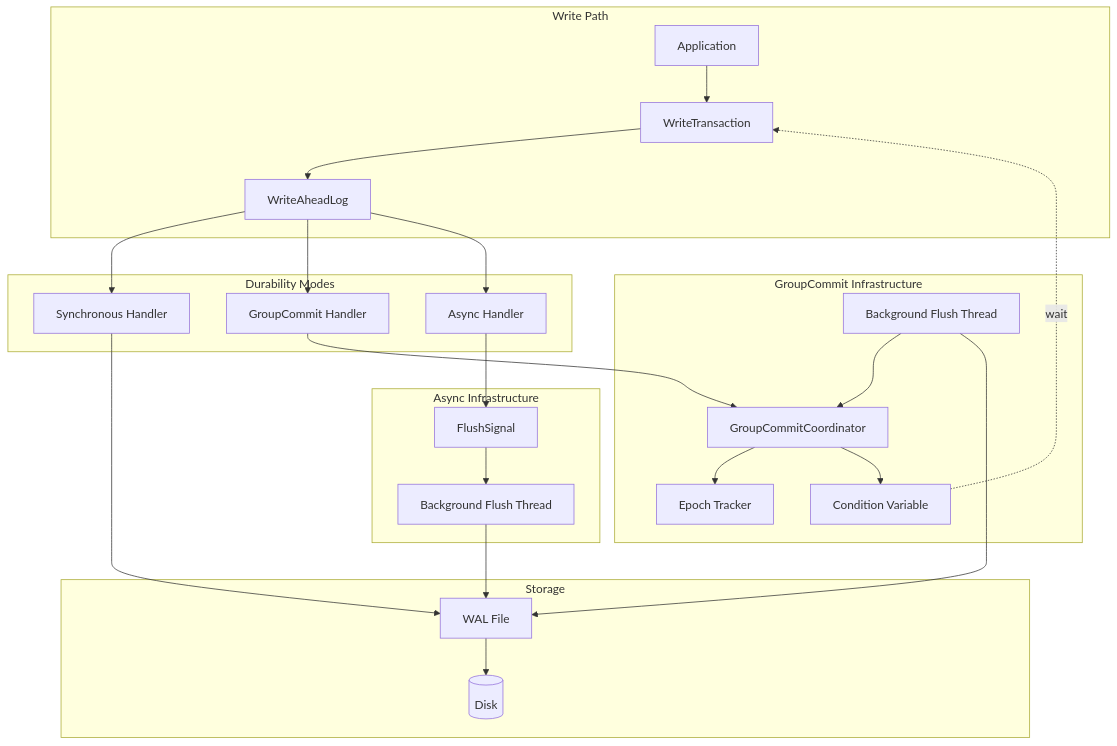
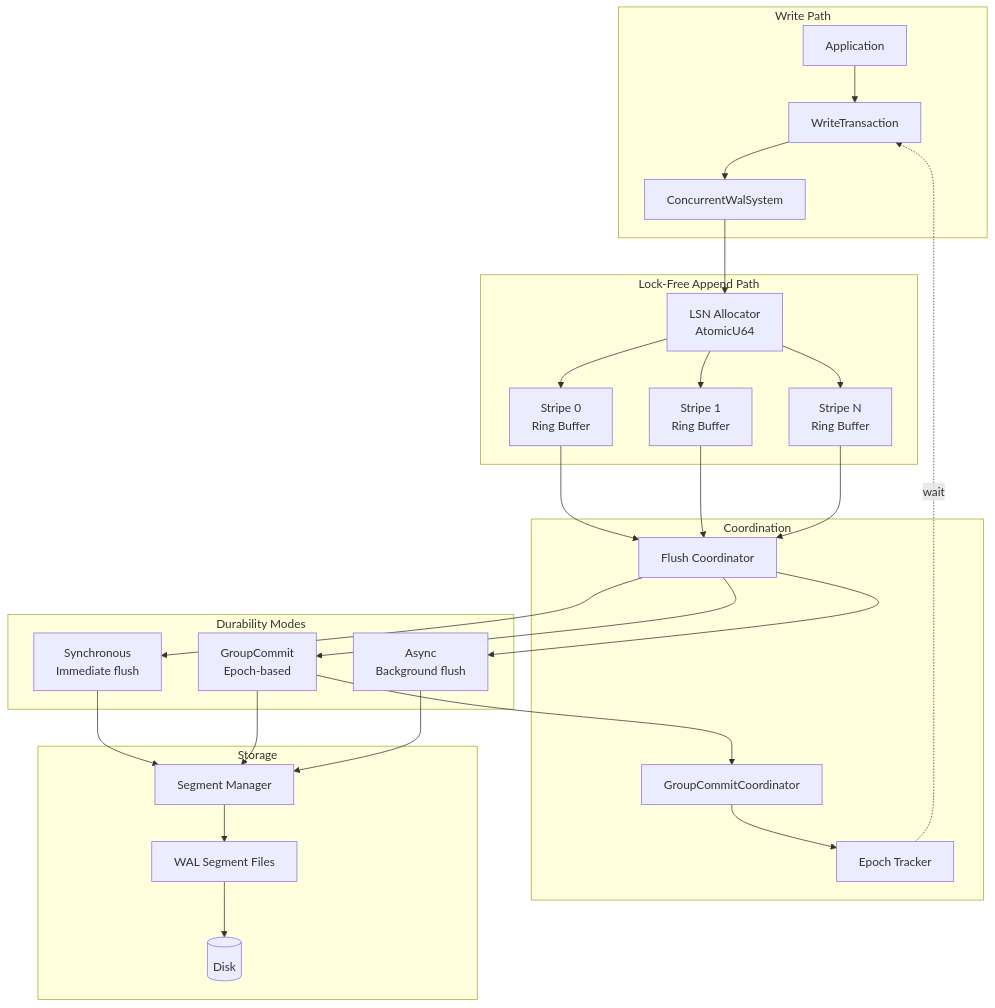
The fourth of 14 diagrams in docs/architecture/durability-modes.md (autumn-foundation/AletheiaDB), drawn with Mermaid before and after one commit. The commit also changed other lines of this file and 11 other files, not shown here.

First line of the commit message:
feat: integrate ConcurrentWalSystem and update documentation

````diff
--- a/docs/architecture/durability-modes.md
+++ b/docs/architecture/durability-modes.md
@@ -97,53 +151,60 @@
 ```mermaid
 graph TB
     subgraph "Write Path"
         APP[Application]
         TX[WriteTransaction]
-        WAL[WriteAheadLog]
+        WAL[ConcurrentWalSystem]
+    end
+
+    subgraph "Lock-Free Append Path"
+        LSN[LSN Allocator<br/>AtomicU64]
+        S0[Stripe 0<br/>Ring Buffer]
+        S1[Stripe 1<br/>Ring Buffer]
+        SN[Stripe N<br/>Ring Buffer]
     end
 
     subgraph "Durability Modes"
-        SYNC[Synchronous Handler]
-        GC[GroupCommit Handler]
-        ASYNC[Async Handler]
+        SYNC[Synchronous<br/>Immediate flush]
+        GC[GroupCommit<br/>Epoch-based]
+        ASYNC[Async<br/>Background flush]
     end
 
-    subgraph "GroupCommit Infrastructure"
-        COORD[GroupCommitCoordinator]
+    subgraph "Coordination"
+        FLUSH[Flush Coordinator]
+        GCCOORD[GroupCommitCoordinator]
         EPOCH[Epoch Tracker]
-        CV[Condition Variable]
-        GCTHREAD[Background Flush Thread]
-    end
-
-    subgraph "Async Infrastructure"
-        SIGNAL[FlushSignal]
-        ASYNCTHREAD[Background Flush Thread]
     end
 
     subgraph "Storage"
-        FILE[WAL File]
+        SEG[Segment Manager]
+        FILE[WAL Segment Files]
         DISK[(Disk)]
     end
 
     APP --> TX
     TX --> WAL
+    WAL --> LSN
 
-    WAL --> SYNC
-    WAL --> GC
-    WAL --> ASYNC
+    LSN --> S0
+    LSN --> S1
+    LSN --> SN
 
-    SYNC --> FILE
+    S0 --> FLUSH
+    S1 --> FLUSH
+    SN --> FLUSH
 
-    GC --> COORD
-    COORD --> EPOCH
-    COORD --> CV
-    CV -.wait.-> TX
-    GCTHREAD --> COORD
-    GCTHREAD --> FILE
+    FLUSH --> SYNC
+    FLUSH --> GC
+    FLUSH --> ASYNC
 
-    ASYNC --> SIGNAL
-    SIGNAL --> ASYNCTHREAD
-    ASYNCTHREAD --> FILE
+    GC --> GCCOORD
+    GCCOORD --> EPOCH
+    EPOCH -.wait.-> TX
 
+    SYNC --> SEG
+    GC --> SEG
+    ASYNC --> SEG
+
+    SEG --> FILE
     FILE --> DISK
 ```
````
